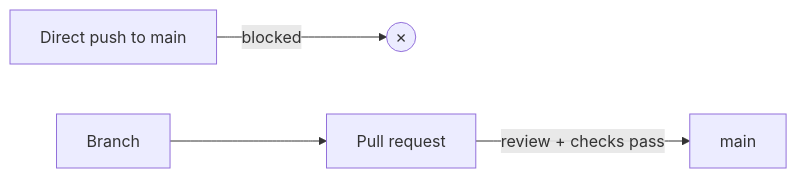
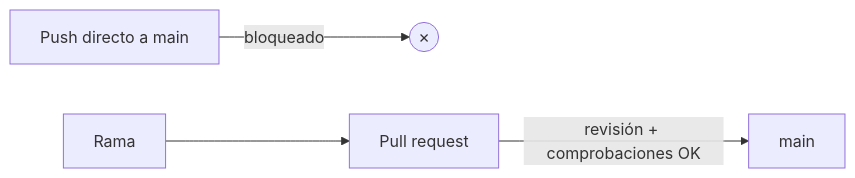
One commit to jparisu/nim-arena changed the diagram in docs/guide/github/repository-configuration.md. Above: the diagram before and after it, drawn with Mermaid. The commit also changed other lines of this file and 159 other files, not shown here.

````diff
--- a/docs/guide/github/repository-configuration.md
+++ b/docs/guide/github/repository-configuration.md
@@ -28,6 +29,6 @@
 ```mermaid
 flowchart LR
-    D[Direct push to main] -->|blocked| X((✗))
-    B[Branch] --> PR[Pull request]
-    PR -->|review + checks pass| M[main]
+    D[Push directo a main] -->|bloqueado| X((✗))
+    B[Rama] --> PR[Pull request]
+    PR -->|revisión + comprobaciones OK| M[main]
 ```
````
